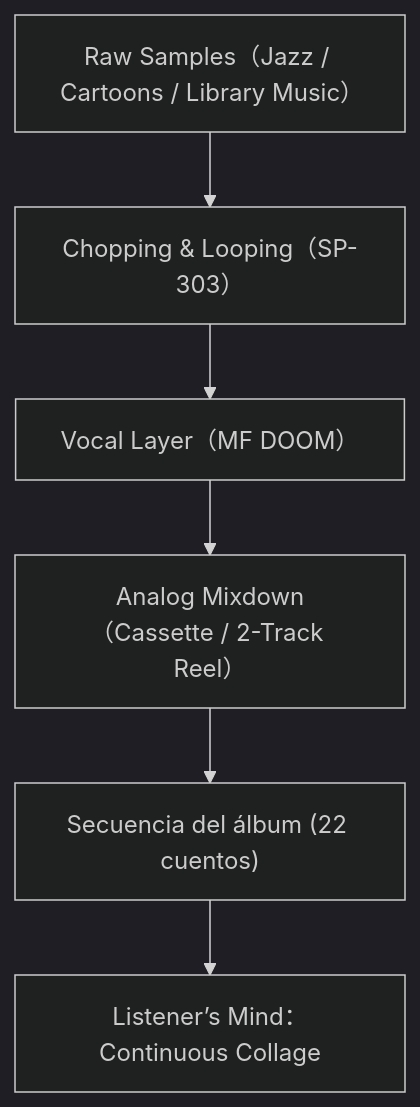
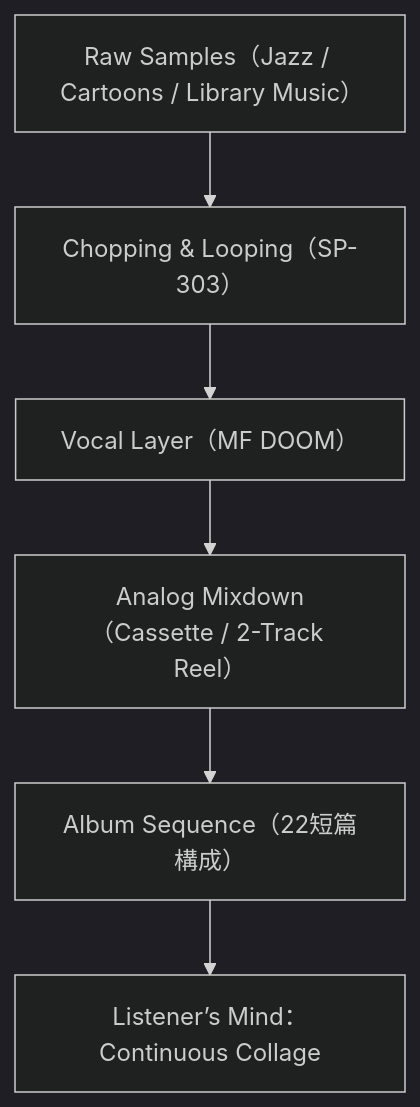
The second of 2 diagrams in es/_posts/2025-10-29-column-madvillain-madvillainy.md (monumental-movement/monumental-movement.github.io), drawn with Mermaid (dark theme) before and after one commit. The commit also changed other lines of this file and 299 other files, not shown here.

```diff
--- a/es/_posts/2025-10-29-column-madvillain-madvillainy.md
+++ b/es/_posts/2025-10-29-column-madvillain-madvillainy.md
@@ -195,13 +195,13 @@
 <div class="mermaid">
 
 flowchart TD
     A["Raw Samples（Jazz / Cartoons / Library Music）"]
     B["Chopping & Looping（SP-303）"]
     C["Vocal Layer（MF DOOM）"]
     D["Analog Mixdown（Cassette / 2-Track Reel）"]
-    E["Secuencia del álbum (22 cuentos)"]
+    E["Album Sequence（22短篇構成）"]
     F["Listener’s Mind：Continuous Collage"]
 
     A --> B --> C --> D --> E --> F
 
 </div>
```
